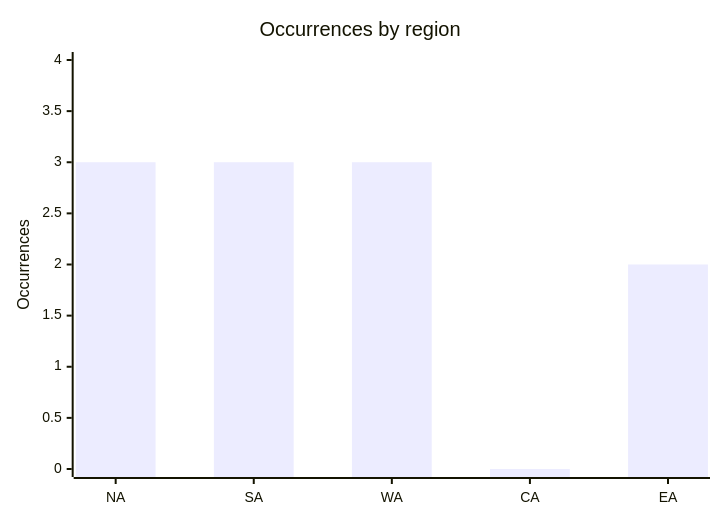
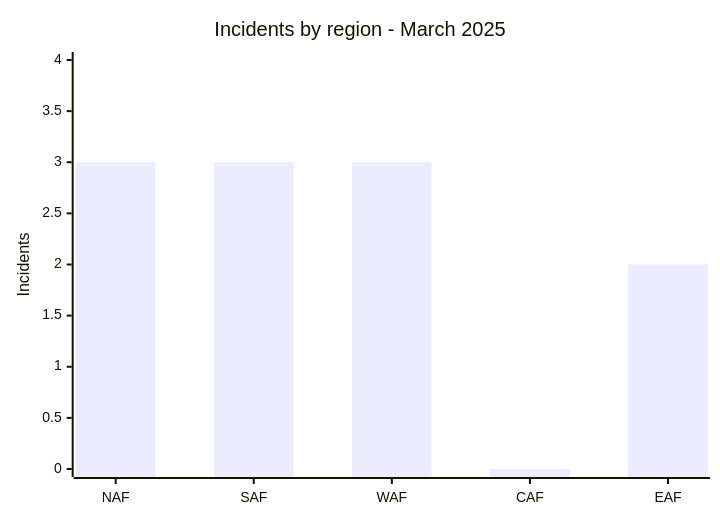
One commit to Hatchepsoute/AFRINTEL changed the fourth of 7 diagrams in CyberAttackAfrica/2025/03-march/README.md. Above: the diagram before and after it, drawn with Mermaid. The commit also changed other lines of this file and 7 other files, not shown here.

````diff
--- a/CyberAttackAfrica/2025/03-march/README.md
+++ b/CyberAttackAfrica/2025/03-march/README.md
@@ -133,7 +121,7 @@
 ```mermaid
-xychart
-    title "Occurrences by region"
-    x-axis ["NA","SA","WA","CA","EA"]
-    y-axis "Occurrences" 0 --> 4
-    bar [3,3,3,0,2]
+xychart-beta
+    title "Incidents by region - March 2025"
+    x-axis ["NAF", "SAF", "WAF", "CAF", "EAF"]
+    y-axis "Incidents" 0 --> 4
+    bar [3, 3, 3, 0, 2]
 ```
````
